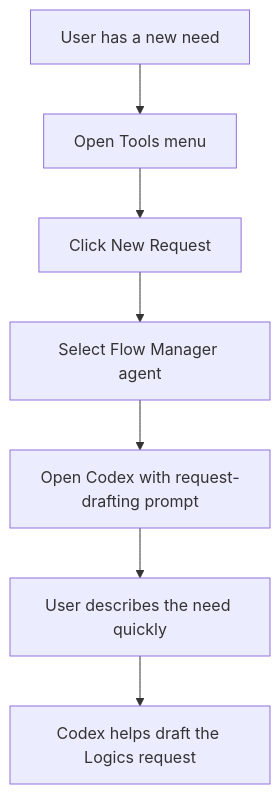
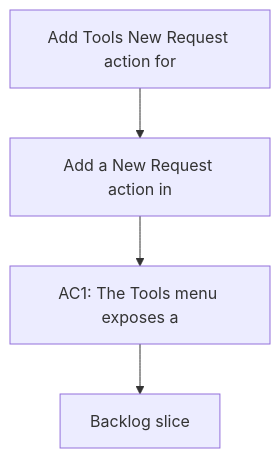
One commit to AlexAgo83/logics-manager changed the diagram in logics/request/req_020_add_tools_new_request_action_for_codex_prompt_bootstrap.md. Above: the diagram before and after it, drawn with Mermaid. The commit also changed other lines of this file and 481 other files, not shown here.

````diff
--- a/logics/request/req_020_add_tools_new_request_action_for_codex_prompt_bootstrap.md
+++ b/logics/request/req_020_add_tools_new_request_action_for_codex_prompt_bootstrap.md
@@ -39,10 +39,8 @@
 ```mermaid
+%% logics-kind: request
 %% logics-signature: request|add-tools-new-request-action-for-codex-p|add-a-new-request-action-in|ac1-the-tools-menu-exposes-a
 flowchart TD
-    Need[User has a new need] --> Tools[Open Tools menu]
-    Tools --> Action[Click New Request]
-    Action --> Agent[Select Flow Manager agent]
-    Agent --> Prompt[Open Codex with request-drafting prompt]
-    Prompt --> UserInput[User describes the need quickly]
-    UserInput --> Outcome[Codex helps draft the Logics request]
+    Trigger[Add Tools New Request action for] --> Need[Add a New Request action in]
+    Need --> Outcome[AC1: The Tools menu exposes a]
+    Outcome --> Backlog[Backlog slice]
 ```
````
